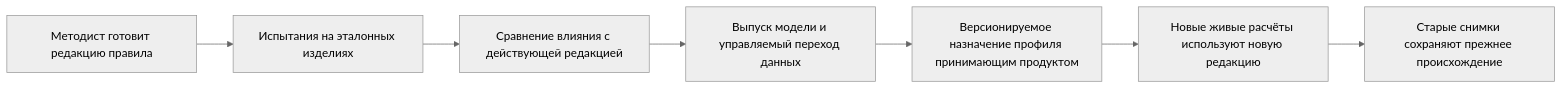
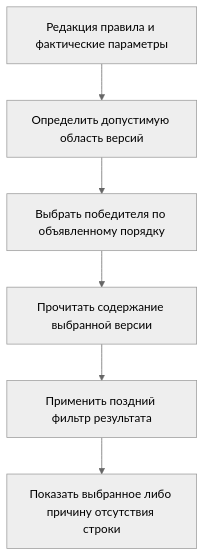
The second of 2 diagrams in docs/version-selection/10-custom-selection-rule.md (ZelAnton/Interlink-product-book), drawn with Mermaid (neutral theme) before and after one commit. The commit also changed other lines of this file and 231 other files, not shown here.

````diff
--- a/docs/version-selection/10-custom-selection-rule.md
+++ b/docs/version-selection/10-custom-selection-rule.md
@@ -151,9 +58,8 @@
 ```mermaid
-flowchart LR
-    A["Методист готовит редакцию правила"] --> B["Испытания на эталонных изделиях"]
-    B --> C["Сравнение влияния с действующей редакцией"]
-    C --> D["Выпуск модели и управляемый переход данных"]
-    D --> E["Версионируемое назначение профиля принимающим продуктом"]
-    E --> F["Новые живые расчёты используют новую редакцию"]
-    F --> G["Старые снимки сохраняют прежнее происхождение"]
+flowchart TD
+    A["Редакция правила и фактические параметры"] --> B["Определить допустимую область версий"]
+    B --> C["Выбрать победителя по объявленному порядку"]
+    C --> D["Прочитать содержание выбранной версии"]
+    D --> E["Применить поздний фильтр результата"]
+    E --> F["Показать выбранное либо причину отсутствия строки"]
 ```
````
